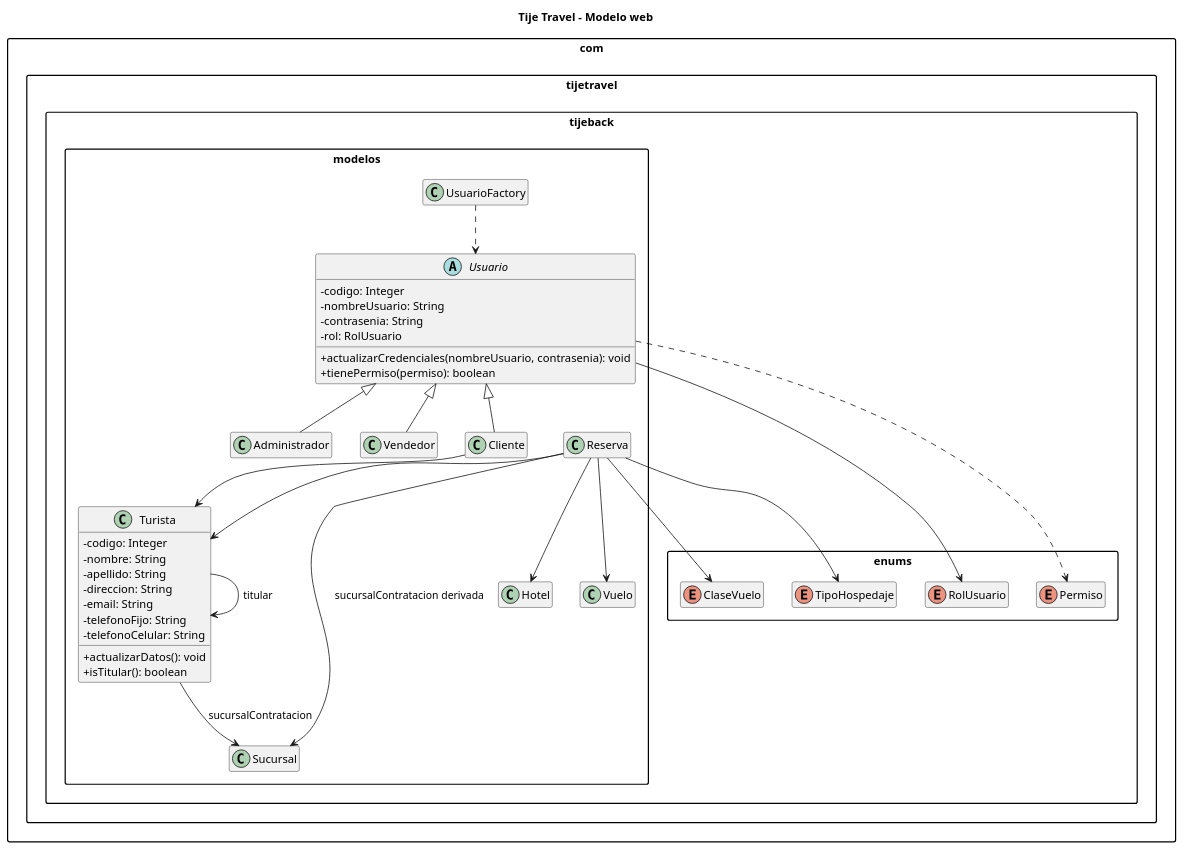
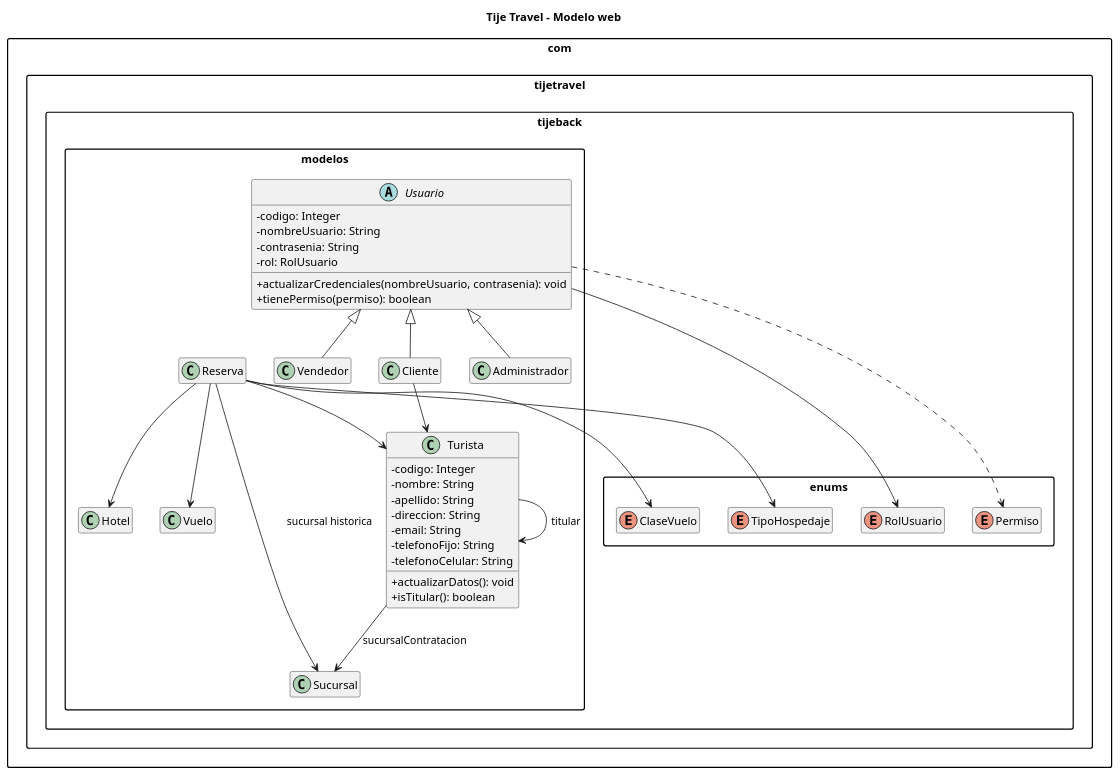
One commit to migmik/TPPrograII changed the first of 2 diagrams in docs/uml-tijetravel.puml. Above: the diagram before and after it, drawn with PlantUML. The commit also changed other lines of this file and 62 other files, not shown here.

```diff
--- a/docs/uml-tijetravel.puml
+++ b/docs/uml-tijetravel.puml
@@ -1,62 +1,60 @@
 @startuml TijeTravel_Modelo_Web
 title Tije Travel - Modelo web
 
 skinparam classAttributeIconSize 0
 skinparam shadowing false
 skinparam packageStyle rectangle
 hide empty members
 
 package "com.tijetravel.tijeback.enums" {
     enum RolUsuario
     enum Permiso
     enum ClaseVuelo
     enum TipoHospedaje
 }
 
 package "com.tijetravel.tijeback.modelos" {
     abstract class Usuario {
         - codigo: Integer
         - nombreUsuario: String
         - contrasenia: String
         - rol: RolUsuario
         + actualizarCredenciales(nombreUsuario, contrasenia): void
         + tienePermiso(permiso): boolean
     }
     class Administrador
     class Vendedor
     class Cliente
     class Turista {
         - codigo: Integer
         - nombre: String
         - apellido: String
         - direccion: String
         - email: String
         - telefonoFijo: String
         - telefonoCelular: String
         + actualizarDatos(): void
         + isTitular(): boolean
     }
     class Sucursal
     class Hotel
     class Vuelo
     class Reserva
-    class UsuarioFactory
 }
 
 Usuario <|-- Administrador
 Usuario <|-- Vendedor
 Usuario <|-- Cliente
 Cliente --> Turista
 Turista --> Sucursal : sucursalContratacion
 Turista --> Turista : titular
 Reserva --> Turista
-Reserva --> Sucursal : sucursalContratacion derivada
+Reserva --> Sucursal : sucursal historica
 Reserva --> Vuelo
 Reserva --> Hotel
 Reserva --> ClaseVuelo
 Reserva --> TipoHospedaje
 Usuario --> RolUsuario
 Usuario ..> Permiso
-UsuarioFactory ..> Usuario
 
 @enduml
```
